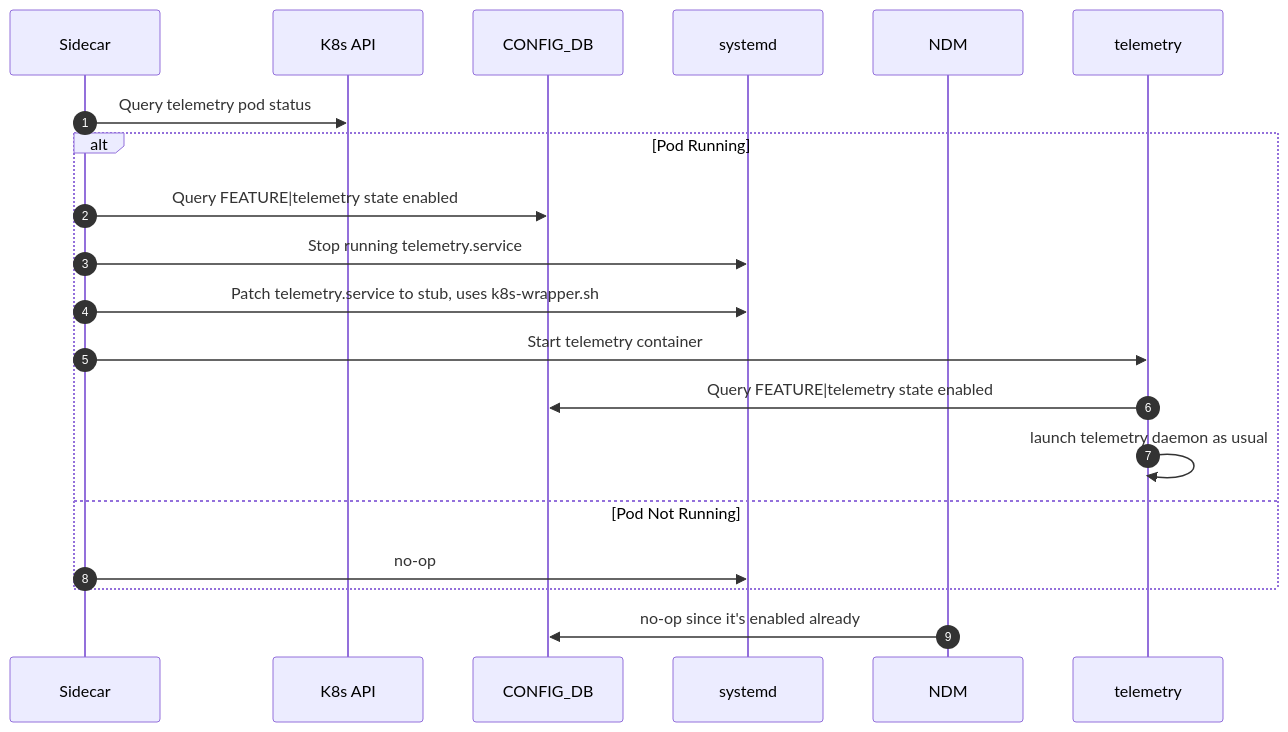
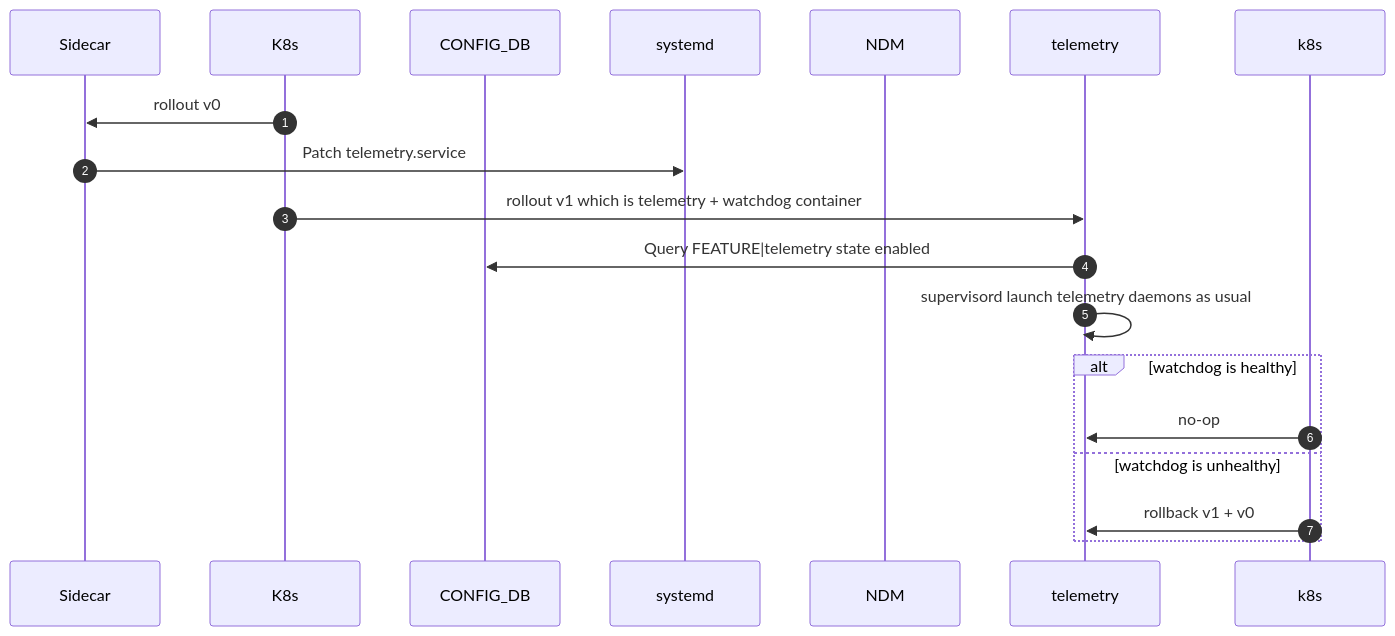
One commit to sonic-net/SONiC changed the second of 5 diagrams in doc/bmp/k8s_migration_design.md. Above: the diagram before and after it, drawn with Mermaid. The commit also changed other lines of this file and 1 other file, not shown here.

````diff
--- a/doc/bmp/k8s_migration_design.md
+++ b/doc/bmp/k8s_migration_design.md
@@ -63,23 +289,21 @@
 ```mermaid
 sequenceDiagram
     autonumber
     participant Sidecar
-    participant K8s API
+    participant K8s
     participant CONFIG_DB
     participant systemd
     participant NDM
     participant telemetry
 
-    Sidecar->>K8s API: Query telemetry pod status
-    alt Pod Running
-        Sidecar->>CONFIG_DB: Query FEATURE|telemetry state enabled
-        Sidecar->>systemd: Stop running telemetry.service
-        Sidecar->>systemd: Patch telemetry.service to stub, uses k8s-wrapper.sh
-        Sidecar->>telemetry: Start telemetry container
-        telemetry->>CONFIG_DB: Query FEATURE|telemetry state enabled
-        telemetry->>telemetry: launch telemetry daemon as usual
-    else Pod Not Running
-        Sidecar->>systemd: no-op
+    K8s->>Sidecar: rollout v0
+    Sidecar->>systemd: Patch telemetry.service
+    K8s->>telemetry: rollout v1 which is telemetry + watchdog container
+    telemetry->>CONFIG_DB: Query FEATURE|telemetry state enabled
+    telemetry->>telemetry: supervisord launch telemetry daemons as usual
+    alt watchdog is healthy
+      k8s->>telemetry: no-op
+    else watchdog is unhealthy
+      k8s->>telemetry: rollback v1 + v0
     end
-    NDM->>CONFIG_DB: no-op since it's enabled already
 ```
````
